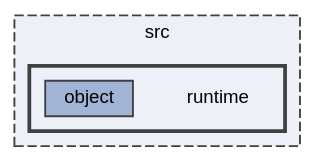
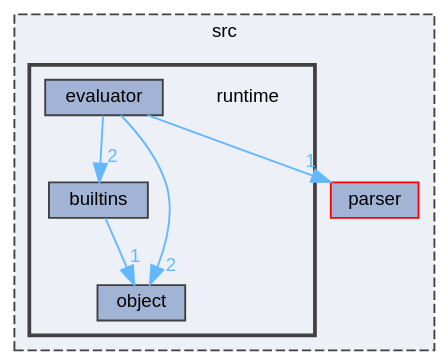
The diagram in pebbl/docs/dir_bf9f26469d00835ba20ff8d80ee5a804_dep.dot (kejunp/kejunp.github.io), drawn with Graphviz before and after one commit. The commit also changed 574 other files, not shown here.

```diff
--- a/pebbl/docs/dir_bf9f26469d00835ba20ff8d80ee5a804_dep.dot
+++ b/pebbl/docs/dir_bf9f26469d00835ba20ff8d80ee5a804_dep.dot
@@ -1,16 +1,23 @@
 digraph "src/runtime"
 {
  // LATEX_PDF_SIZE
   bgcolor="transparent";
   edge [fontname=Helvetica,fontsize=10,labelfontname=Helvetica,labelfontsize=10];
   node [fontname=Helvetica,fontsize=10,shape=box,height=0.2,width=0.4];
   compound=true
   subgraph clusterdir_68267d1309a1af8e8297ef4c3efbcdba {
     graph [ bgcolor="#edf0f7", pencolor="grey25", label="src", fontname=Helvetica,fontsize=10 style="filled,dashed", URL="dir_68267d1309a1af8e8297ef4c3efbcdba.html",tooltip=""]
+  dir_6cd8491d143eb218b70983dbdb3c58bc [label="parser", fillcolor="#a2b4d6", color="red", style="filled", URL="dir_6cd8491d143eb218b70983dbdb3c58bc.html",tooltip=""];
   subgraph clusterdir_bf9f26469d00835ba20ff8d80ee5a804 {
     graph [ bgcolor="#edf0f7", pencolor="grey25", label="", fontname=Helvetica,fontsize=10 style="filled,bold", URL="dir_bf9f26469d00835ba20ff8d80ee5a804.html",tooltip=""]
     dir_bf9f26469d00835ba20ff8d80ee5a804 [shape=plaintext, label="runtime"];
+  dir_0c3dcd0ce7c49a87e7aa12e7eefa6b9f [label="builtins", fillcolor="#a2b4d6", color="grey25", style="filled", URL="dir_0c3dcd0ce7c49a87e7aa12e7eefa6b9f.html",tooltip=""];
+  dir_41d65f3f775614b66ca7d3f2594b2a84 [label="evaluator", fillcolor="#a2b4d6", color="grey25", style="filled", URL="dir_41d65f3f775614b66ca7d3f2594b2a84.html",tooltip=""];
   dir_7b3ca0f1a5442f5bcf8fa402d7489a6e [label="object", fillcolor="#a2b4d6", color="grey25", style="filled", URL="dir_7b3ca0f1a5442f5bcf8fa402d7489a6e.html",tooltip=""];
   }
   }
+  dir_0c3dcd0ce7c49a87e7aa12e7eefa6b9f->dir_7b3ca0f1a5442f5bcf8fa402d7489a6e [headlabel="1", labeldistance=1.5 headhref="dir_000001_000004.html" href="dir_000001_000004.html" color="steelblue1" fontcolor="steelblue1"];
+  dir_41d65f3f775614b66ca7d3f2594b2a84->dir_0c3dcd0ce7c49a87e7aa12e7eefa6b9f [headlabel="2", labeldistance=1.5 headhref="dir_000002_000001.html" href="dir_000002_000001.html" color="steelblue1" fontcolor="steelblue1"];
+  dir_41d65f3f775614b66ca7d3f2594b2a84->dir_6cd8491d143eb218b70983dbdb3c58bc [headlabel="1", labeldistance=1.5 headhref="dir_000002_000005.html" href="dir_000002_000005.html" color="steelblue1" fontcolor="steelblue1"];
+  dir_41d65f3f775614b66ca7d3f2594b2a84->dir_7b3ca0f1a5442f5bcf8fa402d7489a6e [headlabel="2", labeldistance=1.5 headhref="dir_000002_000004.html" href="dir_000002_000004.html" color="steelblue1" fontcolor="steelblue1"];
 }
```
